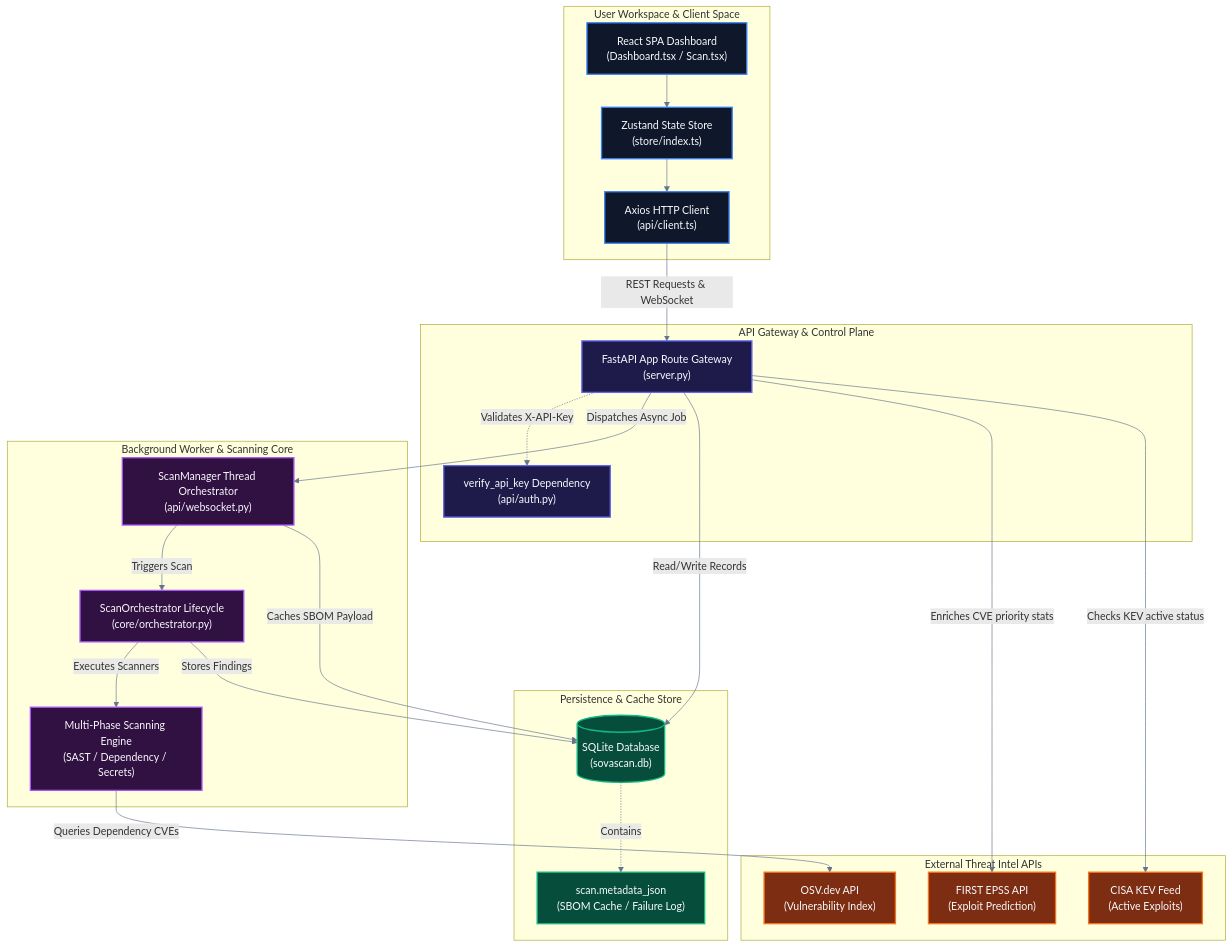
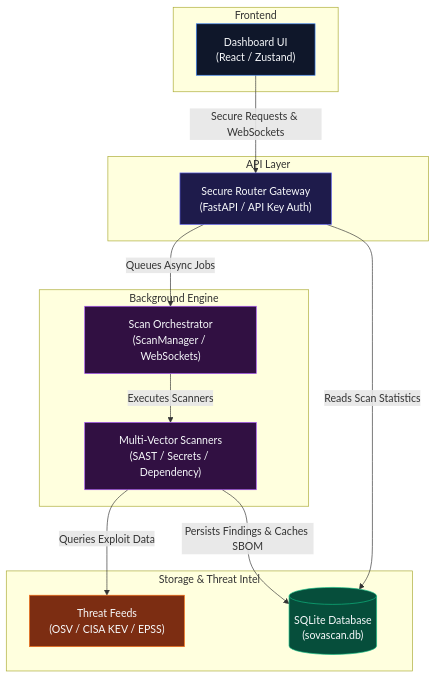
Before and after one commit to abhinavsingh2403/SovaScan: the first of 2 diagrams in README.md, drawn with Mermaid. The commit also changed other lines of this file, not shown here.

Commit message:
docs: simplify system architecture diagrams for maximum clarity and precision

````diff
--- a/README.md
+++ b/README.md
@@ -46,59 +42,30 @@
 ```mermaid
-flowchart TB
-    %% Class Styles
-    classDef client fill:#0f172a,stroke:#3b82f6,stroke-width:2px,color:#f8fafc;
-    classDef gateway fill:#1e1b4b,stroke:#6366f1,stroke-width:2px,color:#f8fafc;
-    classDef worker fill:#311042,stroke:#a855f7,stroke-width:2px,color:#f8fafc;
-    classDef storage fill:#064e3b,stroke:#10b981,stroke-width:2px,color:#f8fafc;
-    classDef external fill:#7c2d12,stroke:#f97316,stroke-width:2px,color:#f8fafc;
+graph TD
+    classDef client fill:#0f172a,stroke:#3b82f6,stroke-width:1px,color:#f8fafc;
+    classDef gateway fill:#1e1b4b,stroke:#6366f1,stroke-width:1px,color:#f8fafc;
+    classDef core fill:#311042,stroke:#a855f7,stroke-width:1px,color:#f8fafc;
+    classDef db fill:#064e3b,stroke:#10b981,stroke-width:1px,color:#f8fafc;
+    classDef ext fill:#7c2d12,stroke:#f97316,stroke-width:1px,color:#f8fafc;
 
-    subgraph UserSpace ["User Workspace & Client Space"]
-        UI["React SPA Dashboard<br/>(Dashboard.tsx / Scan.tsx)"]:::client
-        Store["Zustand State Store<br/>(store/index.ts)"]:::client
-        Client["Axios HTTP Client<br/>(api/client.ts)"]:::client
-        
-        UI --> Store
-        Store --> Client
+    subgraph "Frontend"
+        A["Dashboard UI<br/>(React / Zustand)"]:::client
+    end
+    subgraph "API Layer"
+        B["Secure Router Gateway<br/>(FastAPI / API Key Auth)"]:::gateway
+    end
+    subgraph "Background Engine"
+        C["Scan Orchestrator<br/>(ScanManager / WebSockets)"]:::core
+        D["Multi-Vector Scanners<br/>(SAST / Secrets / Dependency)"]:::core
+    end
+    subgraph "Storage & Threat Intel"
+        E[("SQLite Database<br/>(sovascan.db)")]:::db
+        F["Threat Feeds<br/>(OSV / CISA KEV / EPSS)"]:::ext
     end
 
-    subgraph APIBoundary ["API Gateway & Control Plane"]
-        API["FastAPI App Route Gateway<br/>(server.py)"]:::gateway
-        Auth["verify_api_key Dependency<br/>(api/auth.py)"]:::gateway
-        
-        Client -->|REST Requests & WebSocket| API
-        API -.->|Validates X-API-Key| Auth
-    end
-
-    subgraph ProcessingCore ["Background Worker & Scanning Core"]
-        ScanMgr["ScanManager Thread Orchestrator<br/>(api/websocket.py)"]:::worker
-        Orch["ScanOrchestrator Lifecycle<br/>(core/orchestrator.py)"]:::worker
-        Engine["Multi-Phase Scanning Engine<br/>(SAST / Dependency / Secrets)"]:::worker
-        
-        API -->|Dispatches Async Job| ScanMgr
-        ScanMgr -->|Triggers Scan| Orch
-        Orch -->|Executes Scanners| Engine
-    end
-
-    subgraph StorageLayer ["Persistence & Cache Store"]
-        DB[("SQLite Database<br/>(sovascan.db)")]:::storage
-        SBOMCache["scan.metadata_json<br/>(SBOM Cache / Failure Log)"]:::storage
-        
-        API -->|Read/Write Records| DB
-        Orch -->|Stores Findings| DB
-        ScanMgr -->|Caches SBOM Payload| DB
-        DB -.->|Contains| SBOMCache
-    end
-
-    subgraph ThreatIntel ["External Threat Intel APIs"]
-        OSV["OSV.dev API<br/>(Vulnerability Index)"]:::external
-        EPSS["FIRST EPSS API<br/>(Exploit Prediction)"]:::external
-        CISA["CISA KEV Feed<br/>(Active Exploits)"]:::external
-        
-        Engine -->|Queries Dependency CVEs| OSV
-        API -->|Enriches CVE priority stats| EPSS
-        API -->|Checks KEV active status| CISA
-    end
-
-    %% Edge styling
-    linkStyle default stroke:#64748b,stroke-width:1px;
+    A -->|Secure Requests & WebSockets| B
+    B -->|Queues Async Jobs| C
+    C -->|Executes Scanners| D
+    D -->|Queries Exploit Data| F
+    D -->|Persists Findings & Caches SBOM| E
+    B -->|Reads Scan Statistics| E
 ```
````
